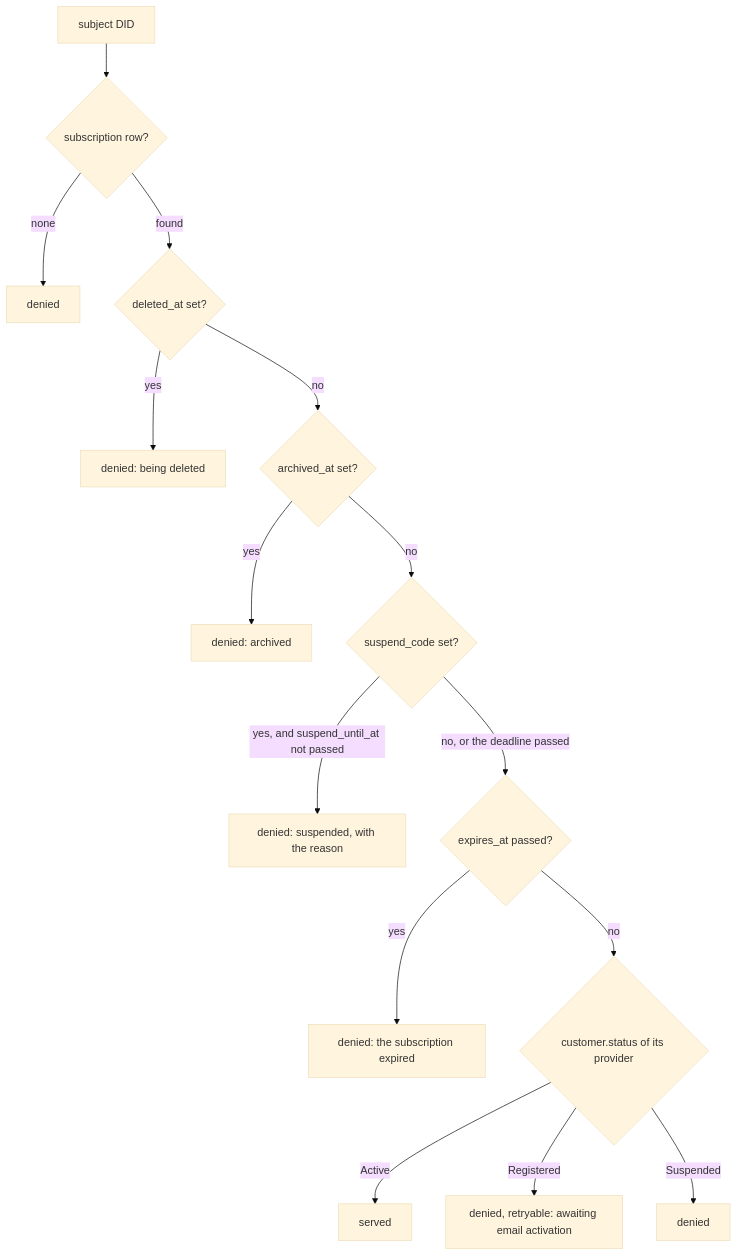
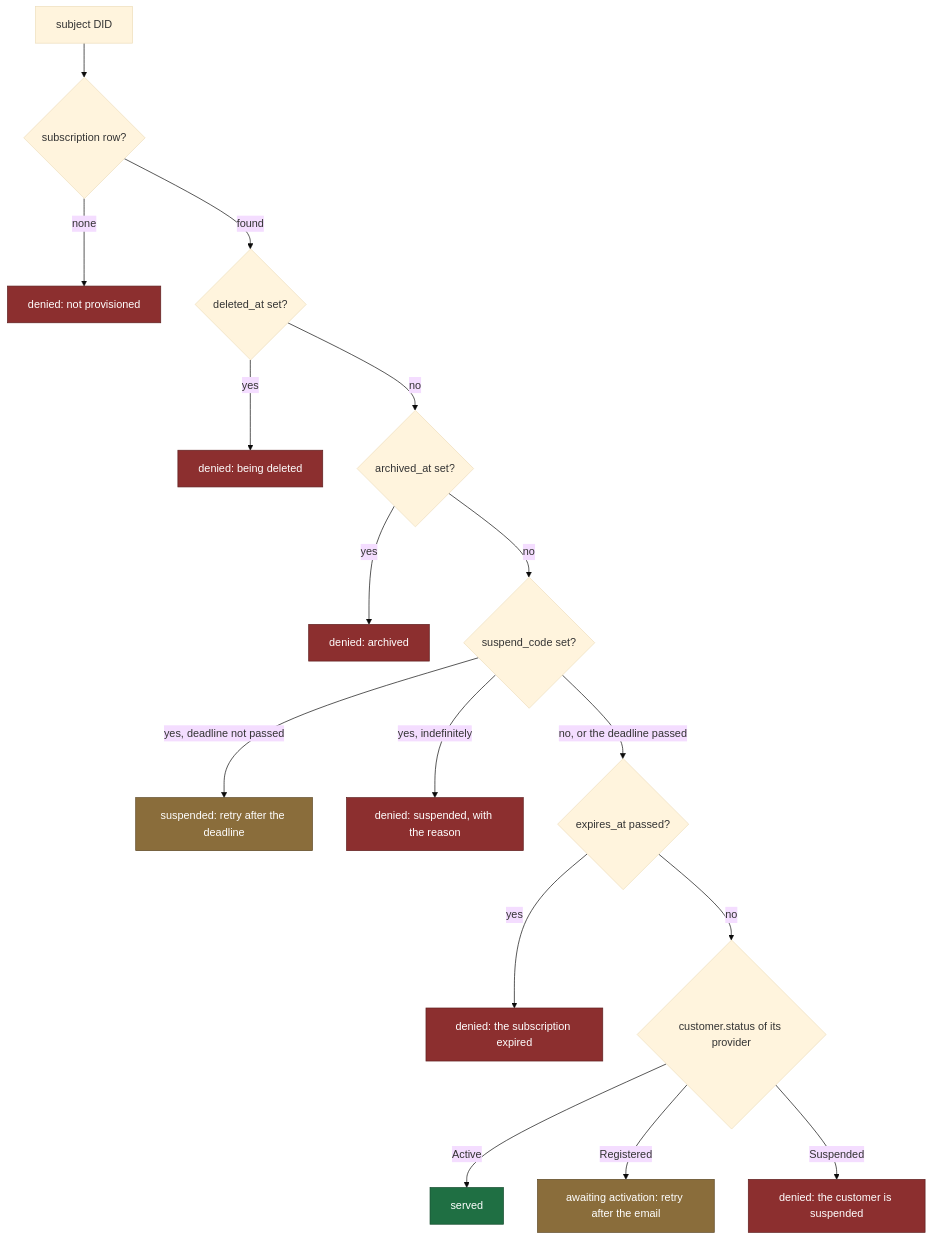
Before and after one commit to tonk-labs/tonk: the second of 4 diagrams in docs/access-control-schema.md, drawn with Mermaid (base theme). The commit also changed other lines of this file, not shown here.

Commit message:
docs(access): colour the gate by recourse

````diff
--- a/docs/access-control-schema.md
+++ b/docs/access-control-schema.md
@@ -80,17 +82,25 @@
 ```mermaid
 flowchart TD
     A["subject DID"] --> D{"subscription row?"}
-    D -->|none| E["denied"]
+    D -->|none| E["denied: not provisioned"]
     D -->|found| X{"deleted_at set?"}
     X -->|yes| G1["denied: being deleted"]
     X -->|no| AR{"archived_at set?"}
     AR -->|yes| G2["denied: archived"]
     AR -->|no| SU{"suspend_code set?"}
-    SU -->|"yes, and suspend_until_at not passed"| G3["denied: suspended, with the reason"]
+    SU -->|"yes, deadline not passed"| G3["suspended: retry after the deadline"]
+    SU -->|"yes, indefinitely"| G5["denied: suspended, with the reason"]
     SU -->|"no, or the deadline passed"| F{"expires_at passed?"}
     F -->|yes| G4["denied: the subscription expired"]
     F -->|no| Z{"customer.status of its provider"}
     Z -->|Active| K["served"]
-    Z -->|Registered| L["denied, retryable: awaiting email activation"]
-    Z -->|Suspended| M["denied"]
+    Z -->|Registered| L["awaiting activation: retry after the email"]
+    Z -->|Suspended| M["denied: the customer is suspended"]
+
+    classDef ok fill:#1f6f43,stroke:#124a2c,color:#ffffff
+    classDef retry fill:#8a6d3b,stroke:#5d4826,color:#ffffff
+    classDef denied fill:#8c2f2f,stroke:#5e1f1f,color:#ffffff
+    class K ok
+    class G3,L retry
+    class E,G1,G2,G4,G5,M denied
 ```
````
